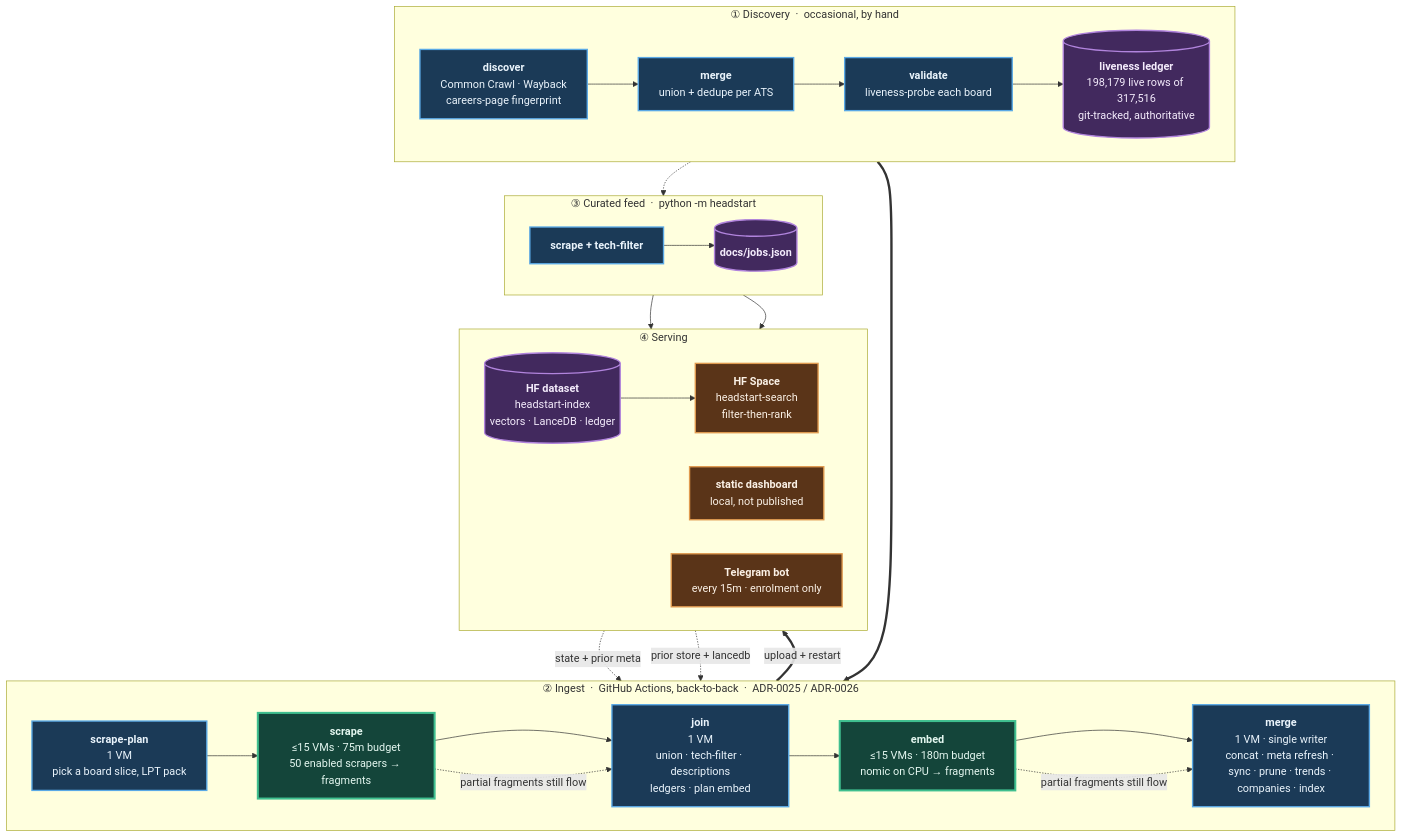
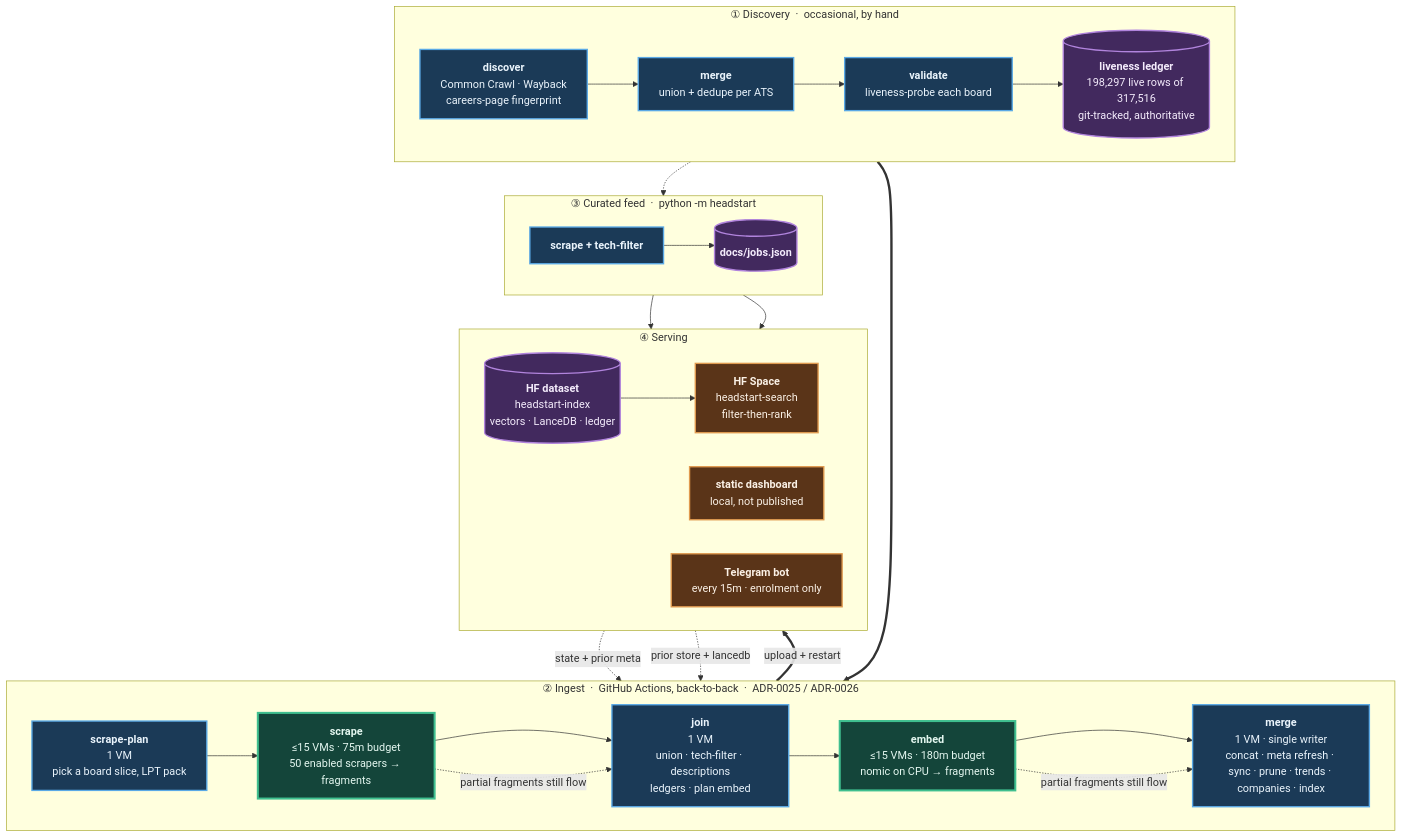
The diagram in README.md (sarthakjain004/headstart), drawn with Mermaid before and after one commit. The commit also changed other lines of this file and 2 other files, not shown here.

First line of the commit message:
Refresh 118 dead Zwayam rows the fixed probe reads live (#893)

````diff
--- a/README.md
+++ b/README.md
@@ -185,56 +185,56 @@
 ```mermaid
 flowchart TB
     subgraph D["① Discovery &nbsp;·&nbsp; occasional, by hand"]
         direction LR
         D1["<b>discover</b><br/>Common Crawl · Wayback<br/>careers-page fingerprint"]
         D2["<b>merge</b><br/>union + dedupe per ATS"]
         D3["<b>validate</b><br/>liveness-probe each board"]
-        D4[("<b>liveness ledger</b><br/>198,179 live rows of 317,516<br/>git-tracked, authoritative")]
+        D4[("<b>liveness ledger</b><br/>198,297 live rows of 317,516<br/>git-tracked, authoritative")]
         D1 --> D2 --> D3 --> D4
     end
 
     subgraph P["② Ingest &nbsp;·&nbsp; GitHub Actions, back-to-back &nbsp;·&nbsp; ADR-0025 / ADR-0026"]
         direction LR
         P1["<b>scrape-plan</b><br/>1 VM<br/>pick a board slice, LPT pack"]
         P2["<b>scrape</b><br/>≤15 VMs · 75m budget<br/>50 enabled scrapers → fragments"]
         P3["<b>join</b><br/>1 VM<br/>union · tech-filter · descriptions<br/>ledgers · plan embed"]
         P4["<b>embed</b><br/>≤15 VMs · 180m budget<br/>nomic on CPU → fragments"]
         P5["<b>merge</b><br/>1 VM · single writer<br/>concat · meta refresh · sync · prune · trends · companies · index"]
         P1 --> P2 --> P3 --> P4 --> P5
     end
 
     subgraph F["③ Curated feed &nbsp;·&nbsp; python -m headstart"]
         direction LR
         F1["<b>scrape + tech-filter</b>"]
         F2[("<b>docs/jobs.json</b>")]
         F1 --> F2
     end
 
     subgraph S["④ Serving"]
         direction LR
         S1[("<b>HF dataset</b><br/>headstart-index<br/>vectors · LanceDB · ledger")]
         S2["<b>HF Space</b><br/>headstart-search<br/>filter-then-rank"]
         S3["<b>static dashboard</b><br/>local, not published"]
         S4["<b>Telegram bot</b><br/>every 15m · enrolment only"]
         S1 --> S2
     end
 
     D4 ==> P1
     S1 -. "state + prior meta" .-> P1
     S1 -. "prior store + lancedb" .-> P5
     D4 -.-> F1
     P5 ==>|"upload + restart"| S1
     F2 --> S3
     F2 --> S4
     P2 -. "partial fragments still flow" .-> P3
     P4 -. "partial fragments still flow" .-> P5
 
     classDef serial fill:#1b3a57,stroke:#5aa9e6,stroke-width:2px,color:#eaf4fc
     classDef fan fill:#14453a,stroke:#3fbf8f,stroke-width:3px,color:#e4f7f0
     classDef store fill:#42295e,stroke:#b184dd,stroke-width:2px,color:#f4ecfc
     classDef serve fill:#5a3418,stroke:#e09a4f,stroke-width:2px,color:#fbf1e6
     class D1,D2,D3,P1,P3,P5,F1 serial
     class P2,P4 fan
     class D4,F2,S1 store
     class S2,S3,S4 serve
 ```
````
